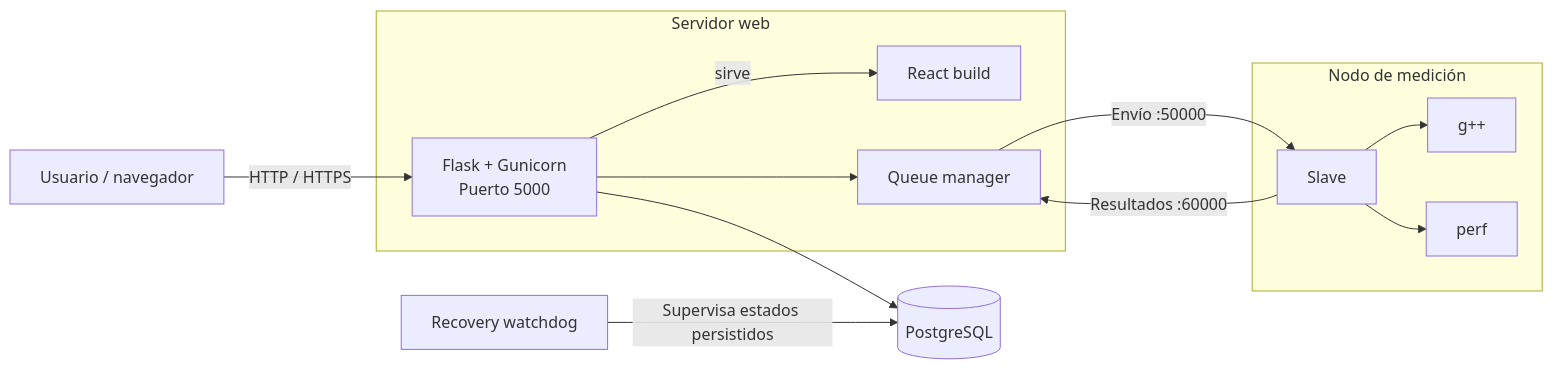
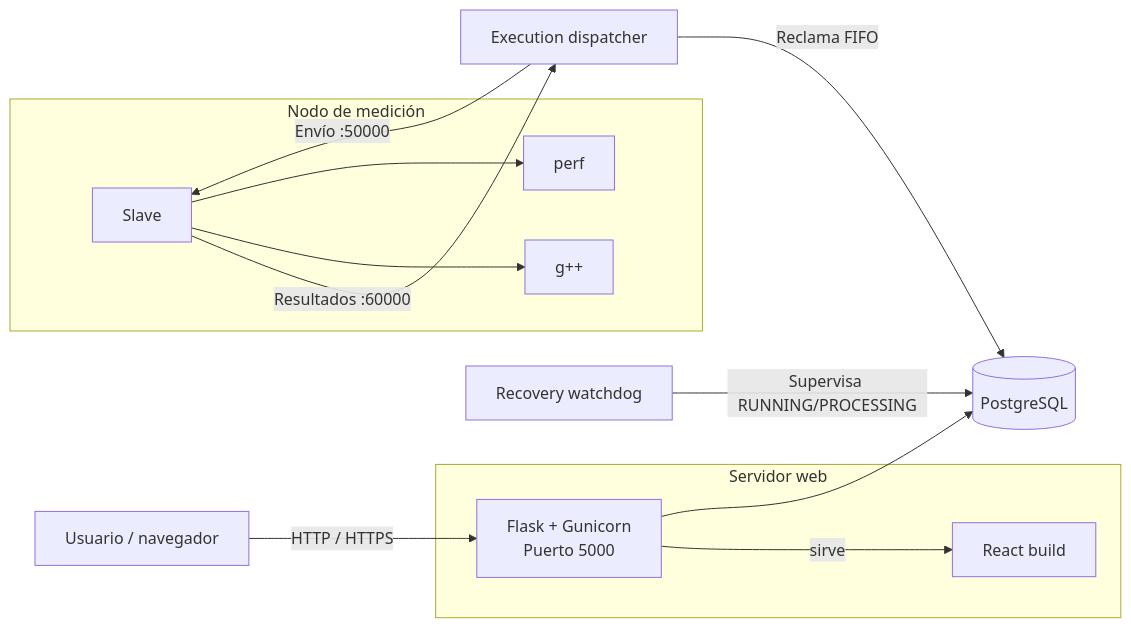
The first of 2 diagrams in README.md (algorithms-diicc/performance-system), drawn with Mermaid before and after one commit. The commit also changed other lines of this file and 19 other files, not shown here.

Commit message:
feat: add persistent serial execution queue

````diff
--- a/README.md
+++ b/README.md
@@ -36,33 +37,33 @@
 ```mermaid
 flowchart LR
     U["Usuario / navegador"]
 
     subgraph WEB["Servidor web"]
         G["Flask + Gunicorn<br/>Puerto 5000"]
         R["React build"]
-        Q["Queue manager"]
     end
 
     DB[("PostgreSQL")]
 
     subgraph NODE["Nodo de medición"]
         S["Slave"]
         C["g++"]
         P["perf"]
     end
 
+    D["Execution dispatcher"]
     W["Recovery watchdog"]
 
     U -->|HTTP / HTTPS| G
     G -->|sirve| R
     G --> DB
-    G --> Q
 
-    Q -->|Envío :50000| S
-    S -->|Resultados :60000| Q
+    D -->|Reclama FIFO| DB
+    D -->|Envío :50000| S
+    S -->|Resultados :60000| D
 
     S --> C
     S --> P
 
-    W -->|Supervisa estados persistidos| DB
+    W -->|Supervisa RUNNING/PROCESSING| DB
 ```
````
